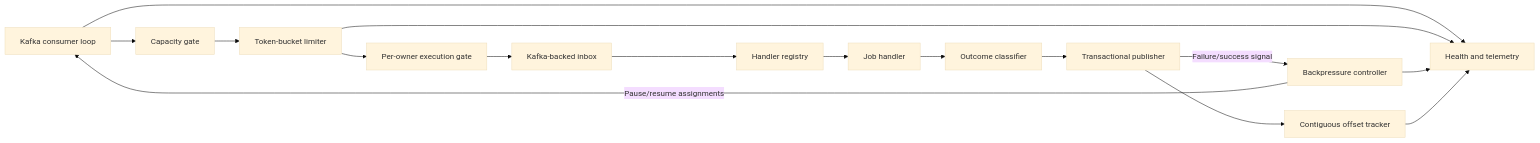
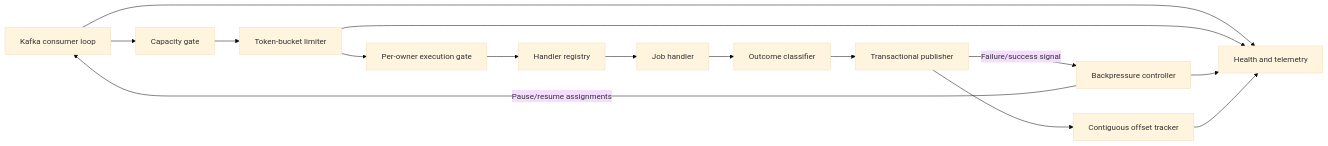
One commit to spakai/job_scheduling_simulation changed the third of 7 diagrams in specs/006-kafka-pull-job-scheduler/arc42.md. Above: the diagram before and after it, drawn with Mermaid (base theme). The commit also changed other lines of this file and 2 other files, not shown here.

````diff
--- a/specs/006-kafka-pull-job-scheduler/arc42.md
+++ b/specs/006-kafka-pull-job-scheduler/arc42.md
@@ -186,24 +182,23 @@
 ```mermaid
 flowchart LR
     consumer["Kafka consumer loop"]
     capacity["Capacity gate"]
     limiter["Token-bucket limiter"]
     ownerGate["Per-owner execution gate"]
-    inbox["Kafka-backed inbox"]
     registry["Handler registry"]
     handler["Job handler"]
     outcome["Outcome classifier"]
     publisher["Transactional publisher"]
     offsets["Contiguous offset tracker"]
     pressure["Backpressure controller"]
     health["Health and telemetry"]
 
-    consumer --> capacity --> limiter --> ownerGate --> inbox --> registry --> handler --> outcome
+    consumer --> capacity --> limiter --> ownerGate --> registry --> handler --> outcome
     outcome --> publisher --> offsets
     publisher -->|"Failure/success signal"| pressure
     pressure -->|"Pause/resume assignments"| consumer
     consumer --> health
     limiter --> health
     pressure --> health
     offsets --> health
 ```
````
